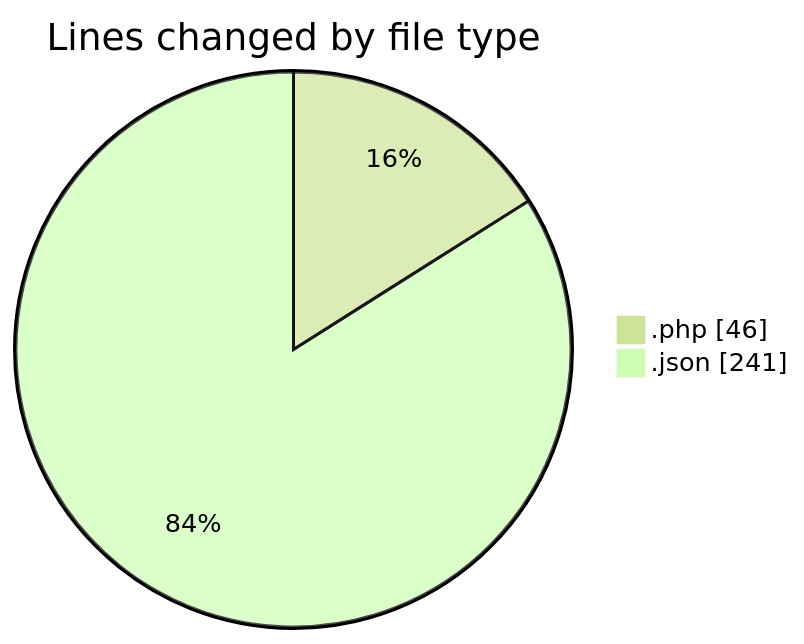
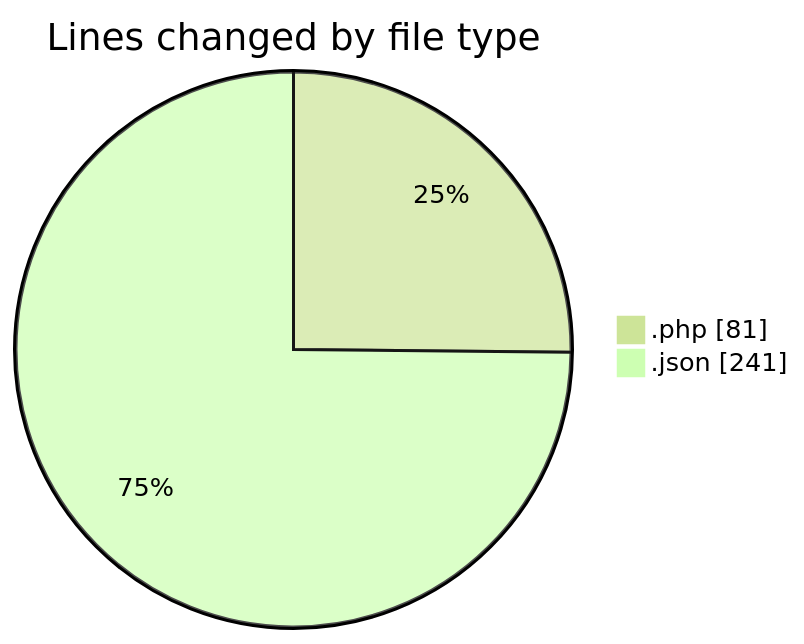
The first of 2 diagrams in 2025-03-30/autodidak/README.md (idhammustaqopulfikri/code-tracking), drawn with Mermaid (forest theme) before and after one commit. The commit also changed other lines of this file and 1 other file, not shown here.

````diff
--- a/2025-03-30/autodidak/README.md
+++ b/2025-03-30/autodidak/README.md
@@ -23,6 +23,6 @@
 ```mermaid
 pie showData
 title Lines changed by file type
-".php" : 46
+".php" : 81
 ".json" : 241
 ```
````
